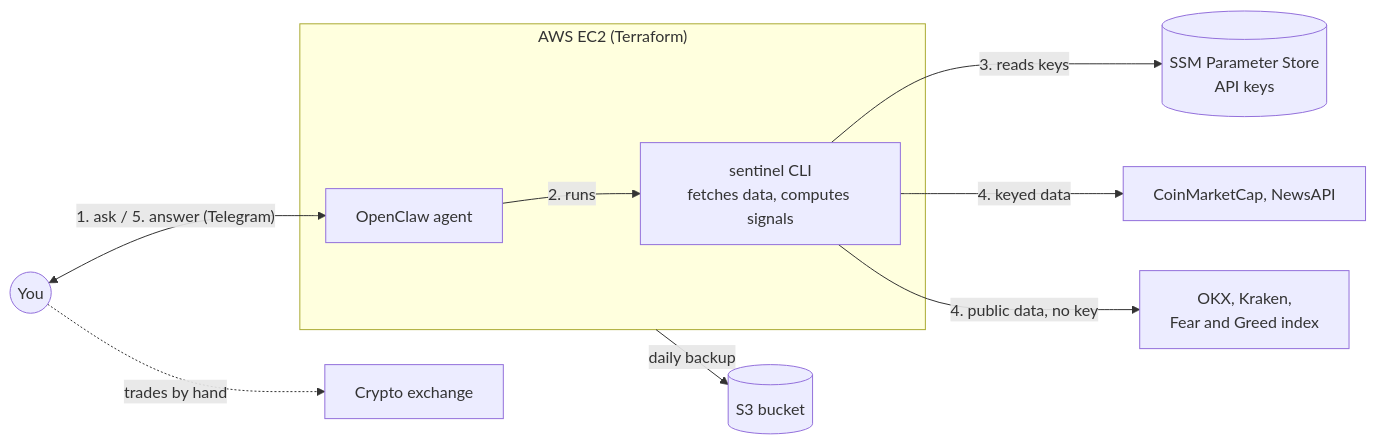
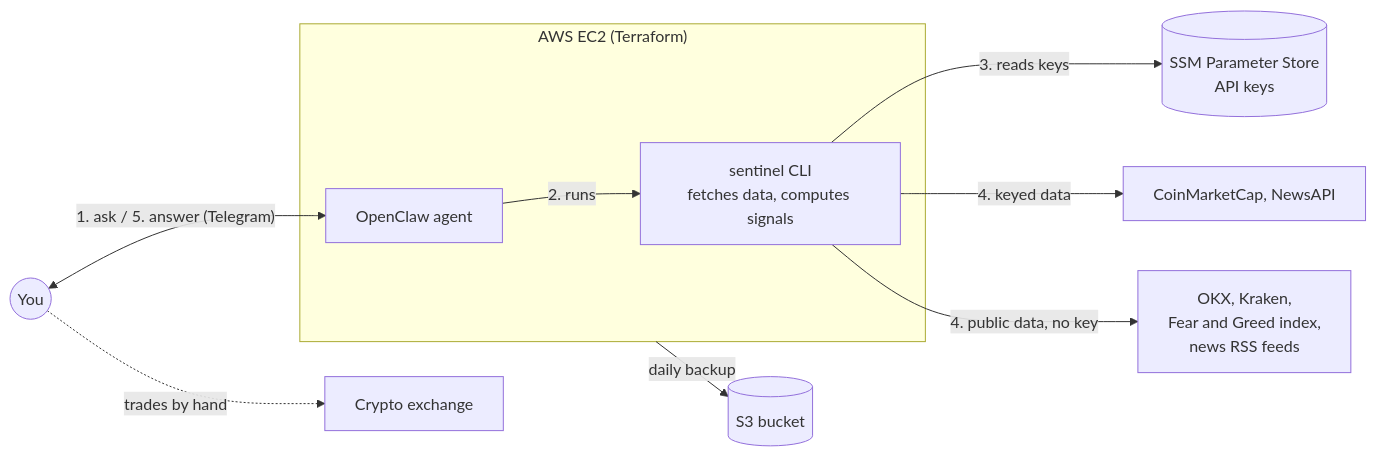
The diagram in README.md (beistroff/crypto_analytic), drawn with Mermaid before and after one commit. The commit also changed other lines of this file and 14 other files, not shown here.

First line of the commit message:
feat: fresh news from RSS feeds in the snapshot (#10)

````diff
--- a/README.md
+++ b/README.md
@@ -9,14 +9,14 @@
 ```mermaid
 flowchart LR
     User(("You")) <-->|"1. ask / 5. answer (Telegram)"| Agent
 
     subgraph EC2["AWS EC2 (Terraform)"]
         Agent["OpenClaw agent"] -->|"2. runs"| Sentinel["sentinel CLI<br/>fetches data, computes signals"]
     end
 
     Sentinel -->|"3. reads keys"| SSM[("SSM Parameter Store<br/>API keys")]
     Sentinel -->|"4. keyed data"| Keyed["CoinMarketCap, NewsAPI"]
-    Sentinel -->|"4. public data, no key"| Public["OKX, Kraken,<br/>Fear and Greed index"]
+    Sentinel -->|"4. public data, no key"| Public["OKX, Kraken,<br/>Fear and Greed index,<br/>news RSS feeds"]
     EC2 -->|"daily backup"| S3[("S3 bucket")]
     User -.->|"trades by hand"| Exchange["Crypto exchange"]
 ```
````
